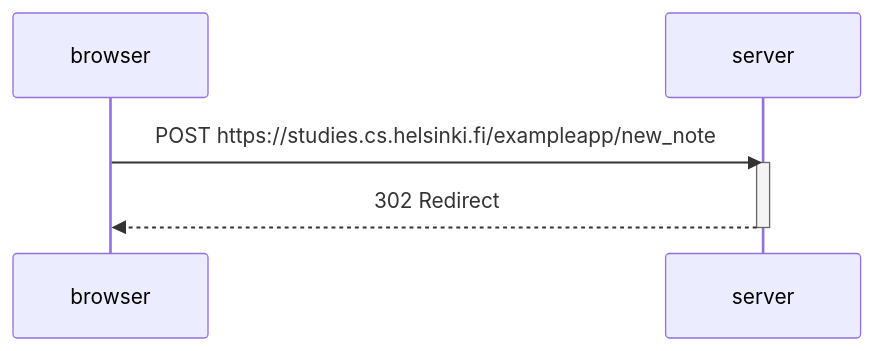
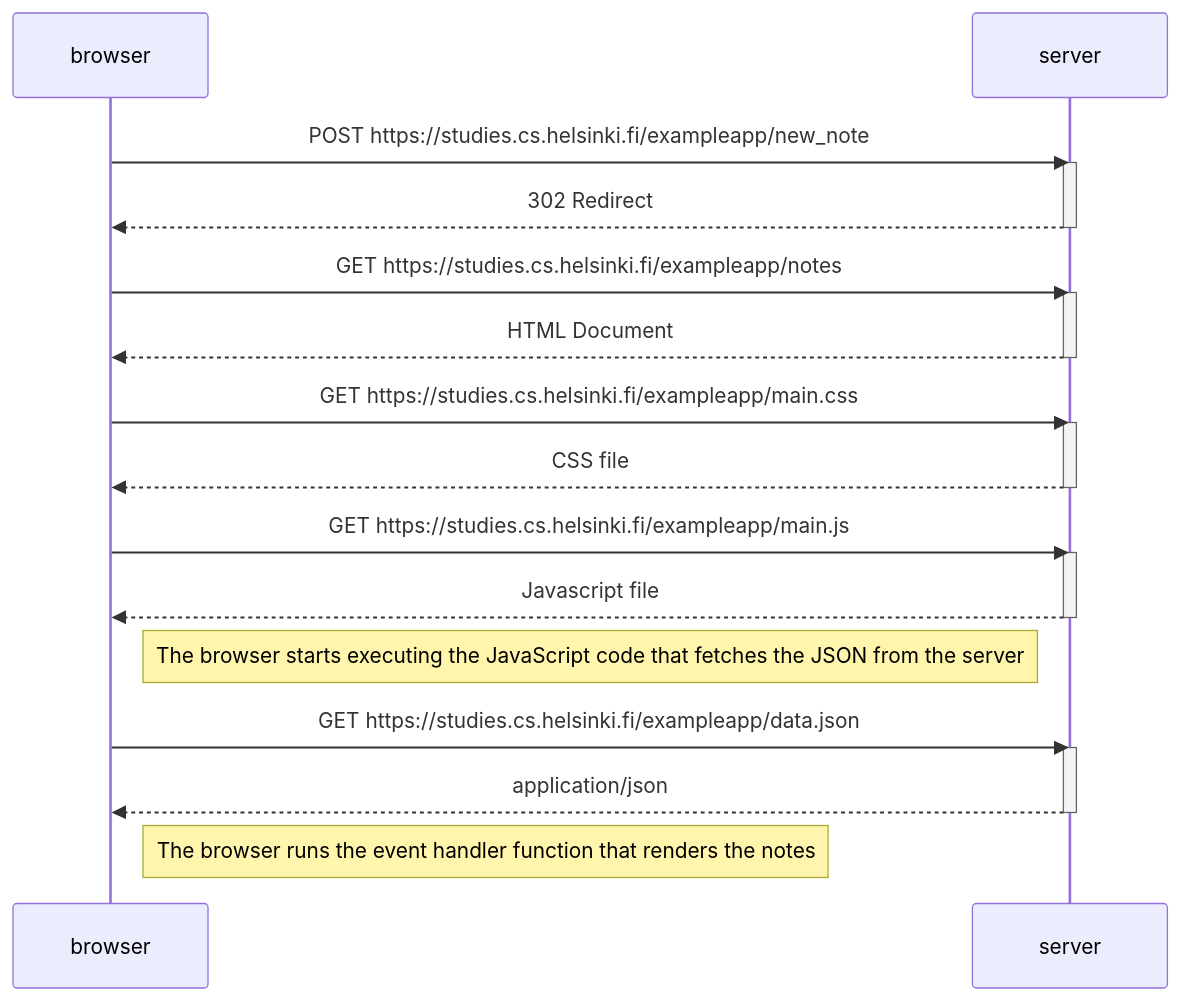
One commit to creativrajit/full-stack-open-helsinki changed the diagram in part0/exercise04.md. Above: the diagram before and after it, drawn with Mermaid.

Commit message:
Completing exercise 0.4

````diff
--- a/part0/exercise04.md
+++ b/part0/exercise04.md
@@ -1,10 +1,36 @@
 ```mermaid
 sequenceDiagram
     participant browser
     participant server
 
     browser->>server: POST https://studies.cs.helsinki.fi/exampleapp/new_note
     activate server
     server-->>browser: 302 Redirect
-    deactivate server    
+    deactivate server
+
+    browser->>server: GET https://studies.cs.helsinki.fi/exampleapp/notes
+    activate server
+    server-->>browser: HTML Document
+    deactivate server
+
+    browser->>server: GET https://studies.cs.helsinki.fi/exampleapp/main.css
+    activate server
+    server-->>browser: CSS file
+    deactivate server
+
+    browser->>server: GET https://studies.cs.helsinki.fi/exampleapp/main.js
+    activate server
+    server-->>browser: Javascript file
+    deactivate server
+
+    Note right of browser: The browser starts executing the JavaScript code that fetches the JSON from the server
+
+
+    browser->>server: GET https://studies.cs.helsinki.fi/exampleapp/data.json
+    activate server
+    server-->>browser: application/json
+    deactivate server
+
+    Note right of browser: The browser runs the event handler function that renders the notes
+
 ```
````
